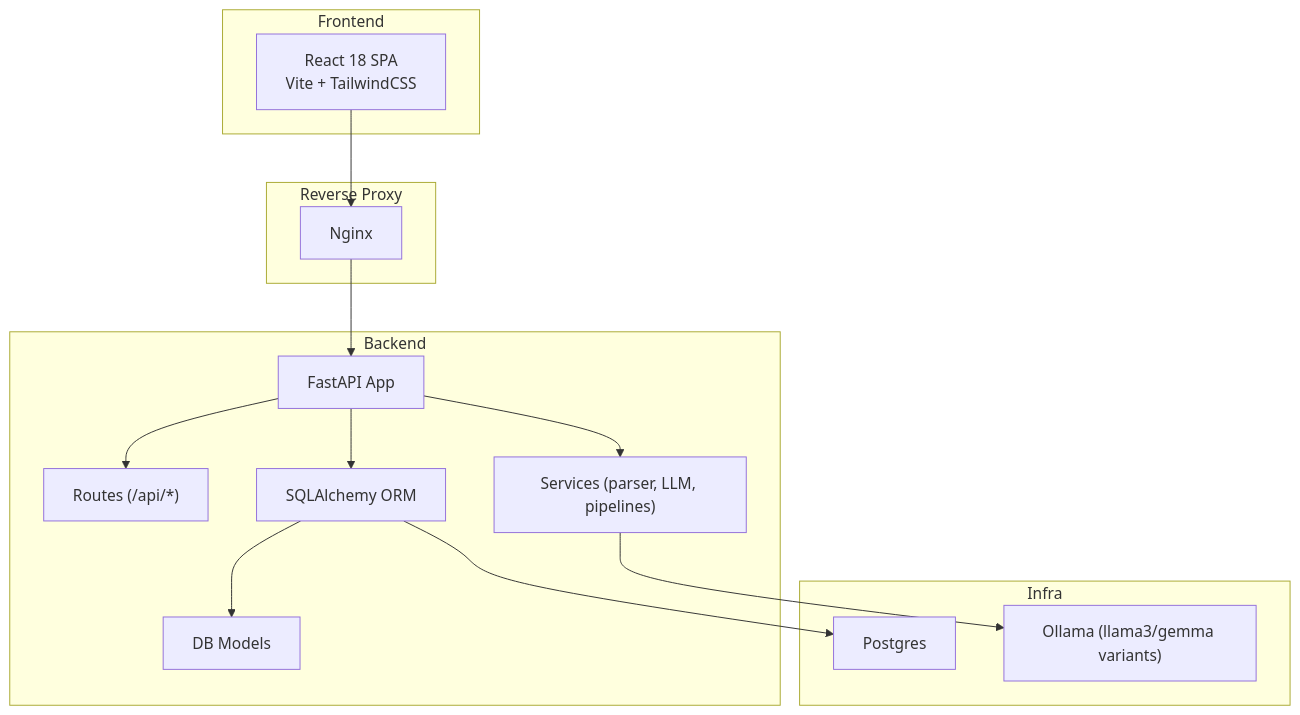
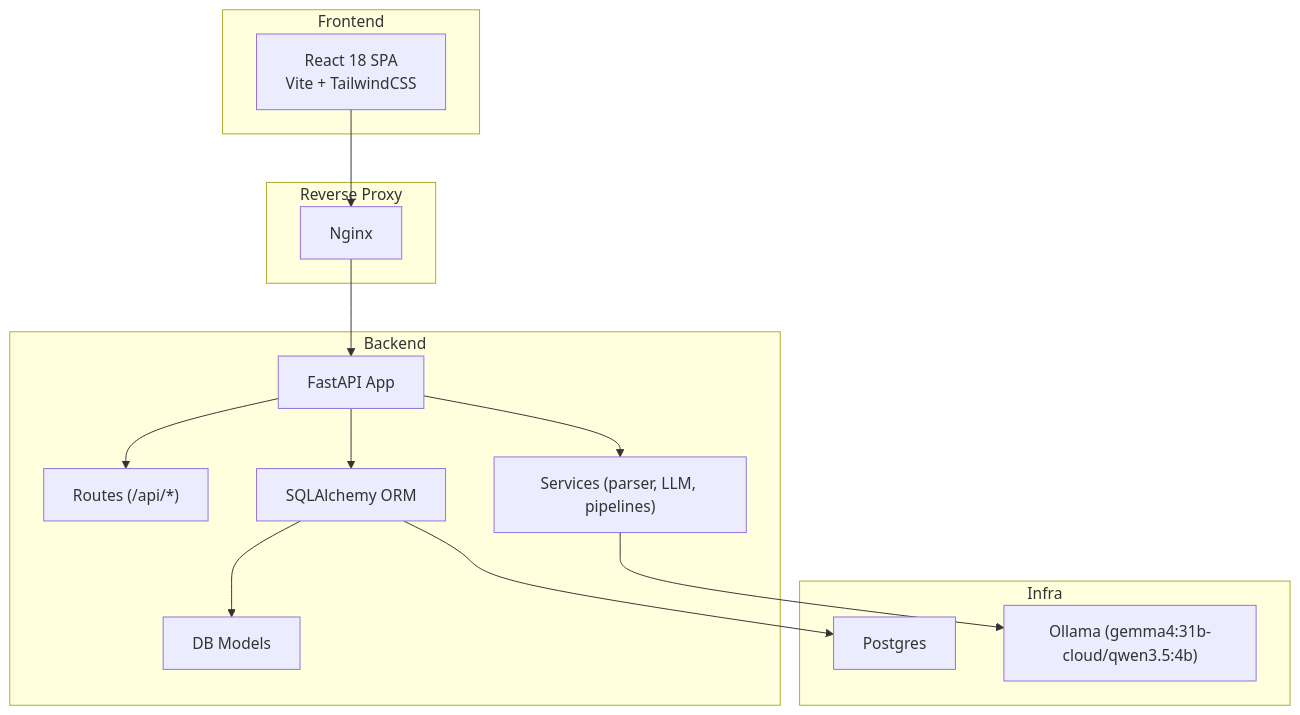
One commit to Revanththetalogics/aireume changed the first of 9 diagrams in .qoder/repowiki/en/content/Technology Stack.md. Above: the diagram before and after it, drawn with Mermaid. The commit also changed other lines of this file and 14 other files, not shown here.

````diff
--- a/.qoder/repowiki/en/content/Technology Stack.md
+++ b/.qoder/repowiki/en/content/Technology Stack.md
@@ -45,27 +54,27 @@
 ```mermaid
 graph TB
 subgraph "Frontend"
 FE["React 18 SPA<br/>Vite + TailwindCSS"]
 end
 subgraph "Reverse Proxy"
 NGINX["Nginx"]
 end
 subgraph "Backend"
 FASTAPI["FastAPI App"]
 ROUTES["Routes (/api/*)"]
 SERVICES["Services (parser, LLM, pipelines)"]
 DBORM["SQLAlchemy ORM"]
 MODELS["DB Models"]
 end
 subgraph "Infra"
 POSTGRES["Postgres"]
-OLLAMA["Ollama (llama3/gemma variants)"]
+OLLAMA["Ollama (gemma4:31b-cloud/qwen3.5:4b)"]
 end
 FE --> NGINX --> FASTAPI
 FASTAPI --> ROUTES
 FASTAPI --> SERVICES
 FASTAPI --> DBORM
 DBORM --> MODELS
 DBORM --> POSTGRES
 SERVICES --> OLLAMA
 ```
````
